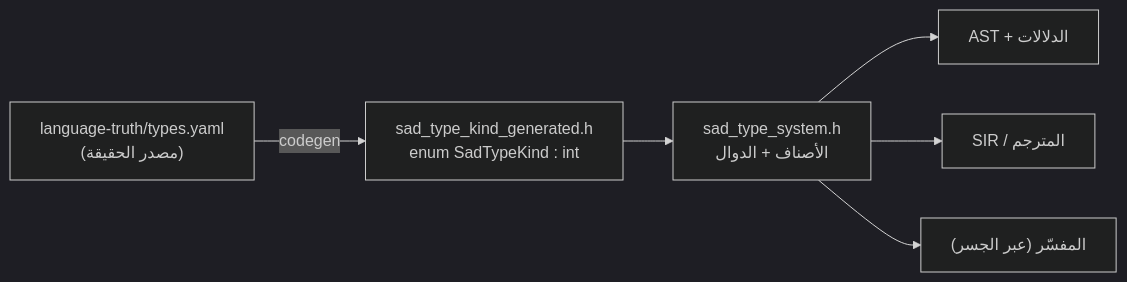
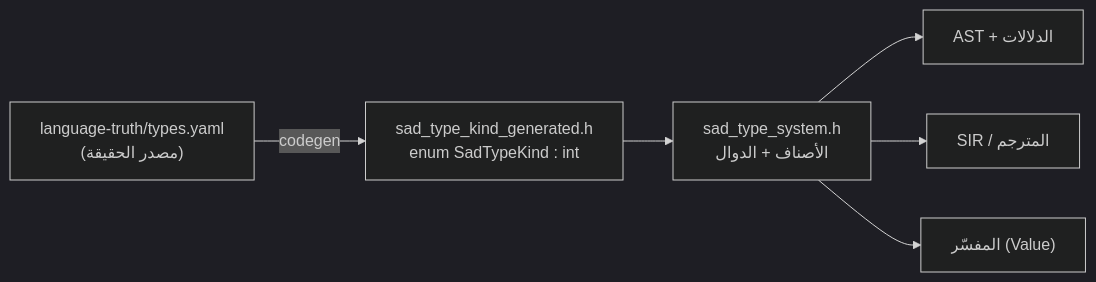
Before and after one commit to sadlang/dev-guide: the first of 6 diagrams in src/systems/types.md, drawn with Mermaid (dark theme). The commit also changed other lines of this file, not shown here.

````diff
--- a/src/systems/types.md
+++ b/src/systems/types.md
@@ -26,8 +30,8 @@
 ```mermaid
 flowchart LR
   YAML["language-truth/types.yaml<br/>(مصدر الحقيقة)"] -->|codegen| GEN["sad_type_kind_generated.h<br/>enum SadTypeKind : int"]
   GEN --> SYS["sad_type_system.h<br/>الأصناف + الدوال"]
   SYS --> AST["AST + الدلالات"]
   SYS --> SIR["SIR / المترجم"]
-  SYS --> INT["المفسّر (عبر الجسر)"]
+  SYS --> INT["المفسّر (Value)"]
 ```
````
